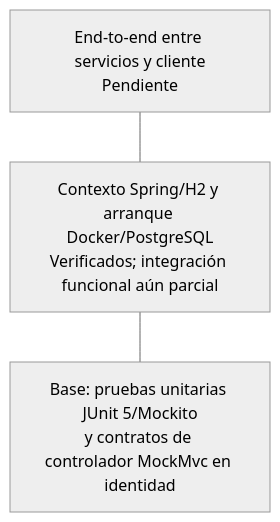
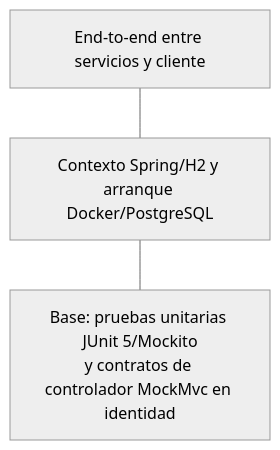
The second of 2 diagrams in docs/segundo-avance/2.3-agile-iterations.md (PeaceApp-UPC-17433/PeaceApp-Report), drawn with Mermaid (neutral theme) before and after one commit. The commit also changed other lines of this file and 4 other files, not shown here.

````diff
--- a/docs/segundo-avance/2.3-agile-iterations.md
+++ b/docs/segundo-avance/2.3-agile-iterations.md
@@ -58,7 +54,7 @@
 ```mermaid
 flowchart TB
-  E["End-to-end entre servicios y cliente<br/>Pendiente"]
-  I["Contexto Spring/H2 y arranque Docker/PostgreSQL<br/>Verificados; integración funcional aún parcial"]
+  E["End-to-end entre servicios y cliente"]
+  I["Contexto Spring/H2 y arranque Docker/PostgreSQL"]
   U["Base: pruebas unitarias JUnit 5/Mockito<br/>y contratos de controlador MockMvc en identidad"]
   E --- I --- U
 ```
````
